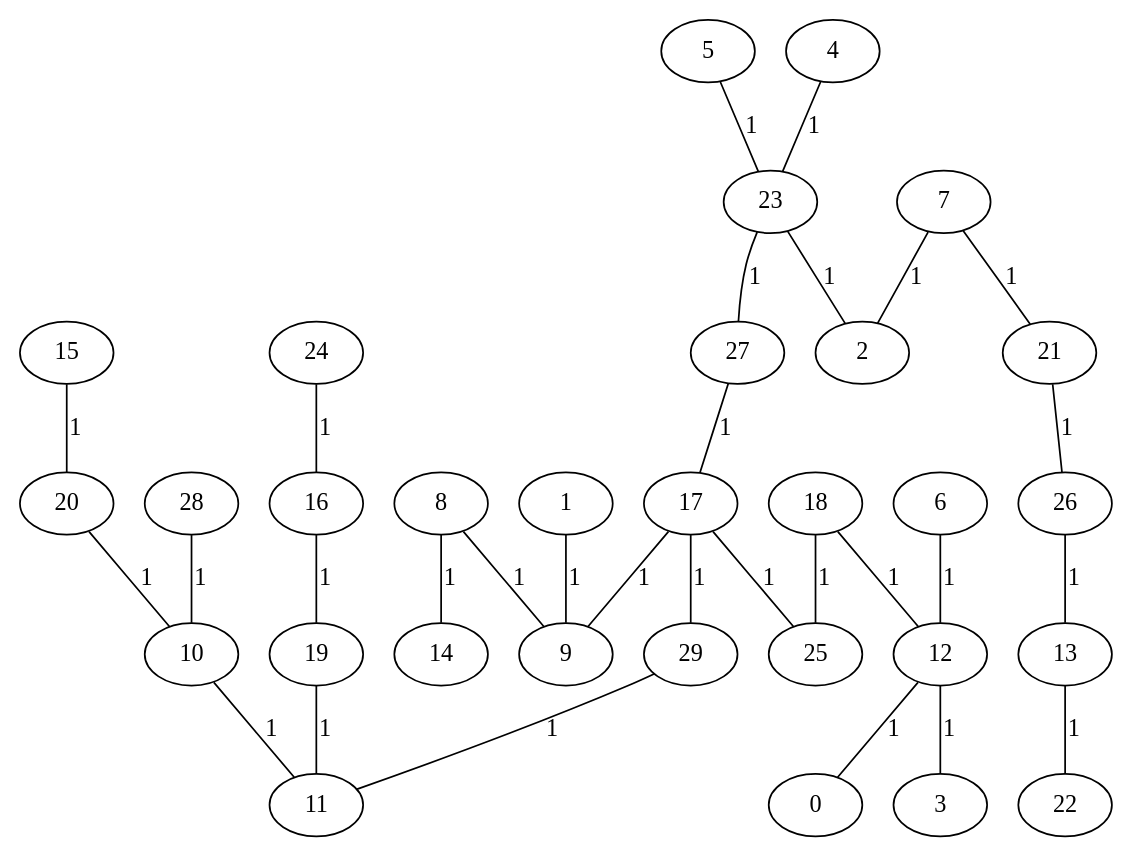
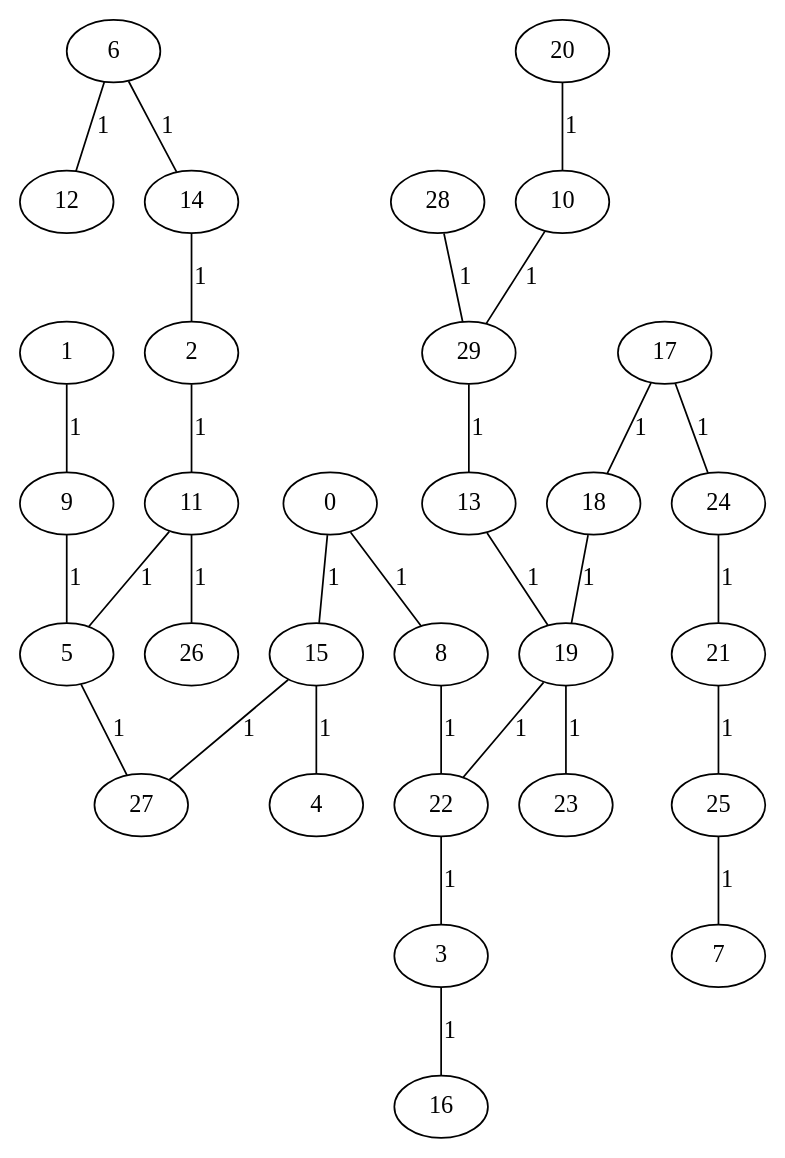
One commit to saradejesuss/GenerarGrafos changed the diagram in KruskalI_Gilber3030.gv. Above: the diagram before and after it, drawn with Graphviz. The commit also changed 15 other files, not shown here.

```diff
--- a/KruskalI_Gilber3030.gv
+++ b/KruskalI_Gilber3030.gv
@@ -1,61 +1,61 @@
 graph{
-   15;
-   14;
+   10;
+   11;
+   23;
+   9;
+   6;
+   5;
+   20;
+   2;
+   1;
    13;
    12;
-   11;
+   21;
+   8;
+   0;
+   4;
    29;
+   22;
+   3;
+   15;
+   27;
+   18;
    28;
-   10;
-   9;
-   27;
-   8;
+   26;
    7;
-   26;
-   23;
-   6;
-   5;
+   17;
+   19;
+   16;
    25;
+   14;
    24;
-   0;
-   1;
-   22;
-   20;
-   21;
-   19;
-   2;
-   17;
-   18;
-   3;
-   16;
-   4;
-   21 -- 26 [label="1"];
-   23 -- 2 [label="1"];
-   18 -- 12 [label="1"];
-   8 -- 14 [label="1"];
-   13 -- 22 [label="1"];
-   8 -- 9 [label="1"];
-   28 -- 10 [label="1"];
-   12 -- 3 [label="1"];
-   19 -- 11 [label="1"];
-   4 -- 23 [label="1"];
-   7 -- 2 [label="1"];
-   16 -- 19 [label="1"];
-   5 -- 23 [label="1"];
-   26 -- 13 [label="1"];
-   17 -- 9 [label="1"];
+   25 -- 7 [label="1"];
+   14 -- 2 [label="1"];
+   5 -- 27 [label="1"];
+   15 -- 27 [label="1"];
+   10 -- 29 [label="1"];
+   0 -- 8 [label="1"];
+   15 -- 4 [label="1"];
+   24 -- 21 [label="1"];
+   19 -- 23 [label="1"];
+   21 -- 25 [label="1"];
+   2 -- 11 [label="1"];
+   22 -- 3 [label="1"];
+   6 -- 14 [label="1"];
+   20 -- 10 [label="1"];
+   17 -- 18 [label="1"];
    6 -- 12 [label="1"];
-   10 -- 11 [label="1"];
-   20 -- 10 [label="1"];
-   7 -- 21 [label="1"];
-   17 -- 25 [label="1"];
-   18 -- 25 [label="1"];
-   17 -- 29 [label="1"];
-   27 -- 17 [label="1"];
-   24 -- 16 [label="1"];
-   29 -- 11 [label="1"];
-   15 -- 20 [label="1"];
-   12 -- 0 [label="1"];
+   19 -- 22 [label="1"];
+   11 -- 5 [label="1"];
    1 -- 9 [label="1"];
-   23 -- 27 [label="1"];
+   28 -- 29 [label="1"];
+   13 -- 19 [label="1"];
+   0 -- 15 [label="1"];
+   29 -- 13 [label="1"];
+   8 -- 22 [label="1"];
+   18 -- 19 [label="1"];
+   11 -- 26 [label="1"];
+   9 -- 5 [label="1"];
+   17 -- 24 [label="1"];
+   3 -- 16 [label="1"];
 }
```
